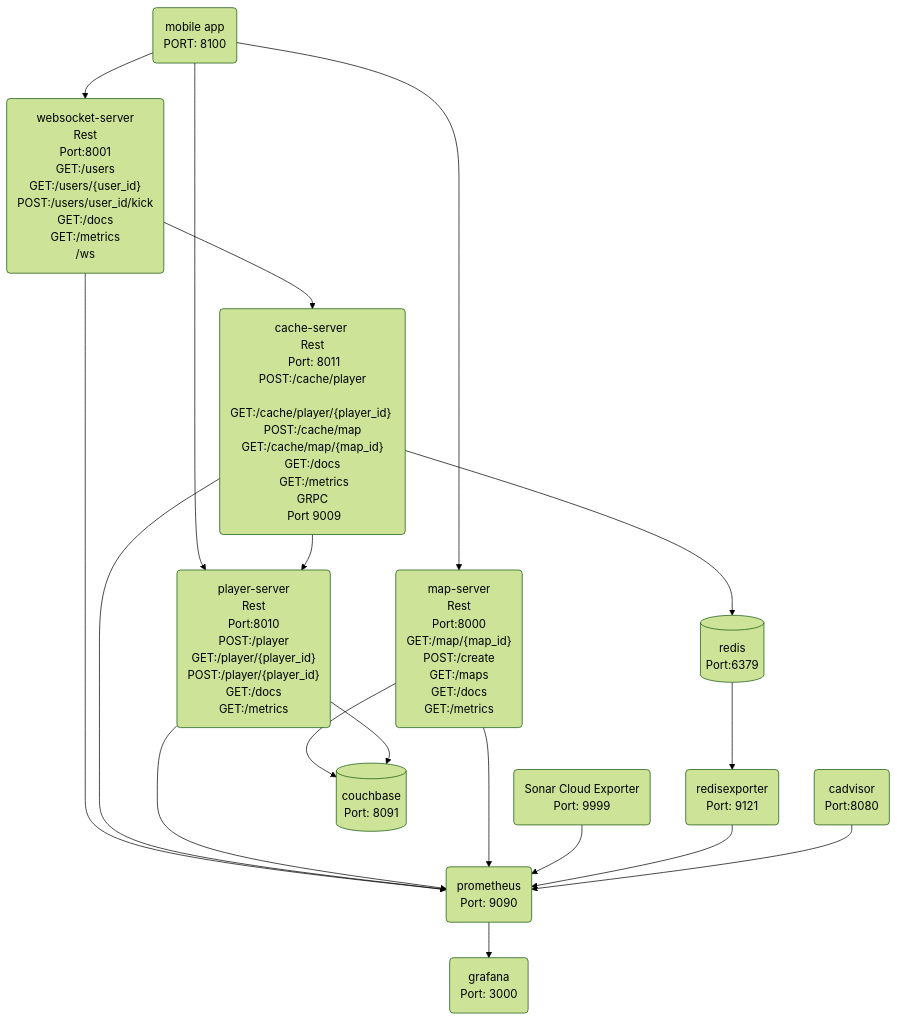
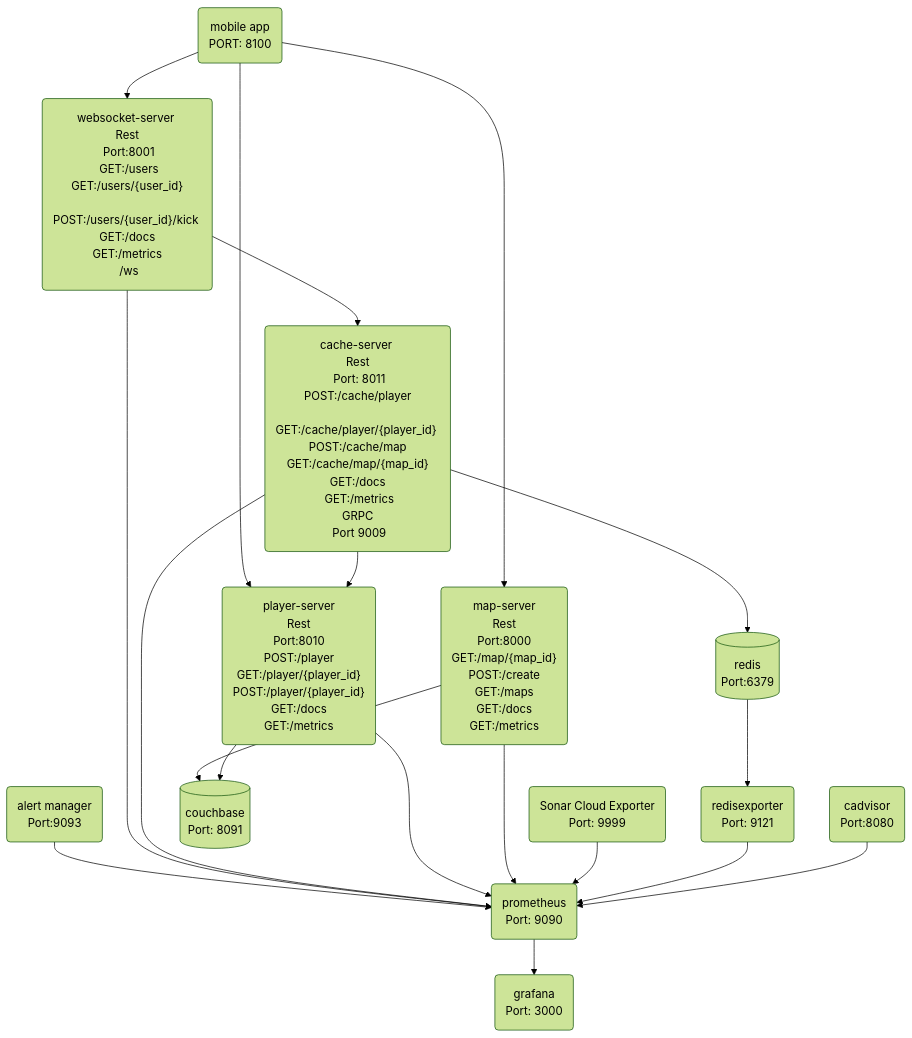
Before and after one commit to codeiain/stunning-tribble: the diagram in structure.md, drawn with Mermaid (forest theme). The commit also changed 65 other files, not shown here.

````diff
--- a/structure.md
+++ b/structure.md
@@ -1,43 +1,45 @@
 ```mermaid
 flowchart TD
 
     mobile-app(mobile app \n PORT: 8100)
 
-    websocket-server("websocket-server \n Rest \n Port:8001\n GET:/users\n GET:/users/{user_id} \n POST:/users/user_id/kick \n GET:/docs \n GET:/metrics \n /ws ")
+    websocket-server("websocket-server \n Rest \n Port:8001\n GET:/users\n GET:/users/{user_id} \n POST:/users/{user_id}/kick \n GET:/docs \n GET:/metrics \n /ws ")
 
     cache-server("cache-server \n Rest \n Port: 8011\n POST:/cache/player \n GET:/cache/player/{player_id} \n POST:/cache/map \n GET:/cache/map/{map_id} \n GET:/docs \n GET:/metrics\n GRPC \n Port 9009")
 
     player-server("player-server \n Rest \n Port:8010\n POST:/player\n GET:/player/{player_id} \n POST:/player/{player_id} \n GET:/docs \n GET:/metrics")
 
     map-server("map-server \n Rest \n Port:8000 \n GET:/map/{map_id} \n POST:/create \n GET:/maps \n GET:/docs \n GET:/metrics")
 
     sonarcloudexporter(Sonar Cloud Exporter \n Port: 9999 )
 
     cadvisor(cadvisor\n Port:8080)
 
     redis-exporter(redisexporter\n Port: 9121)
     grafana(grafana \n Port: 3000)
     couchbase[(couchbase \n Port: 8091)]
     prometheus(prometheus \n Port: 9090)
     redis[(redis \n Port:6379)]
-    
+    alertmanager(alert manager \n Port:9093)
+
     mobile-app --> websocket-server
     websocket-server --> cache-server
     mobile-app --> player-server
     mobile-app --> map-server
     cache-server --> player-server
     map-server --> couchbase
     player-server --> couchbase
     cache-server --> redis
+    alertmanager --> prometheus
 
     websocket-server --> prometheus
     cache-server --> prometheus
     player-server --> prometheus
     map-server --> prometheus
     sonarcloudexporter --> prometheus
     redis-exporter -->prometheus
     cadvisor --> prometheus
     prometheus --> grafana
     redis --> redis-exporter
 
 ```
````
